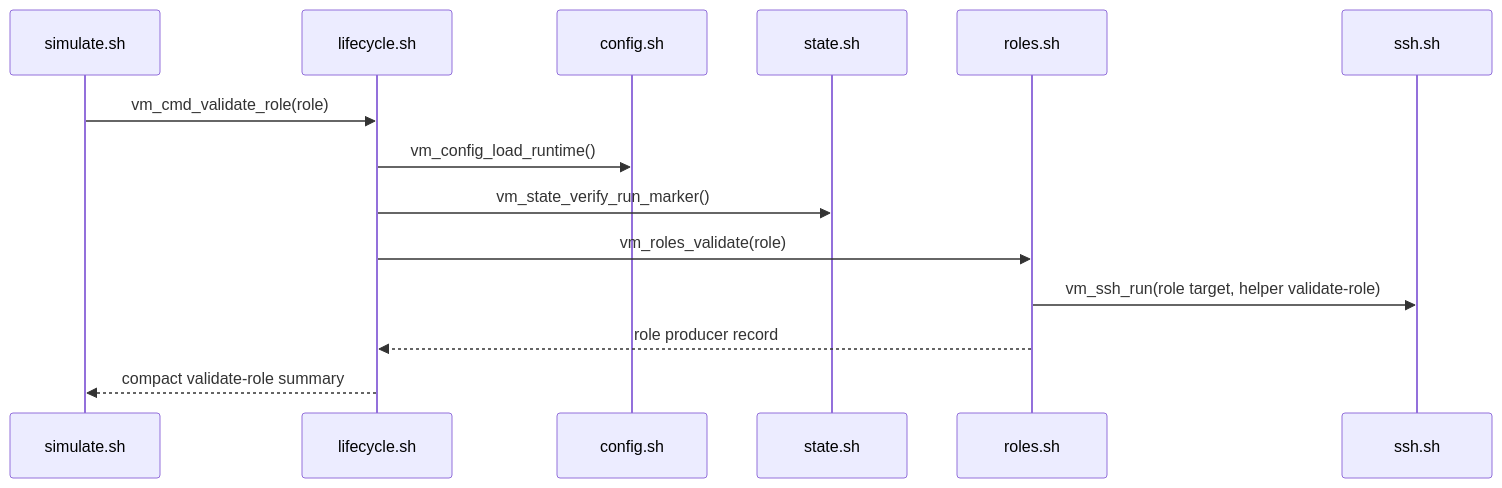
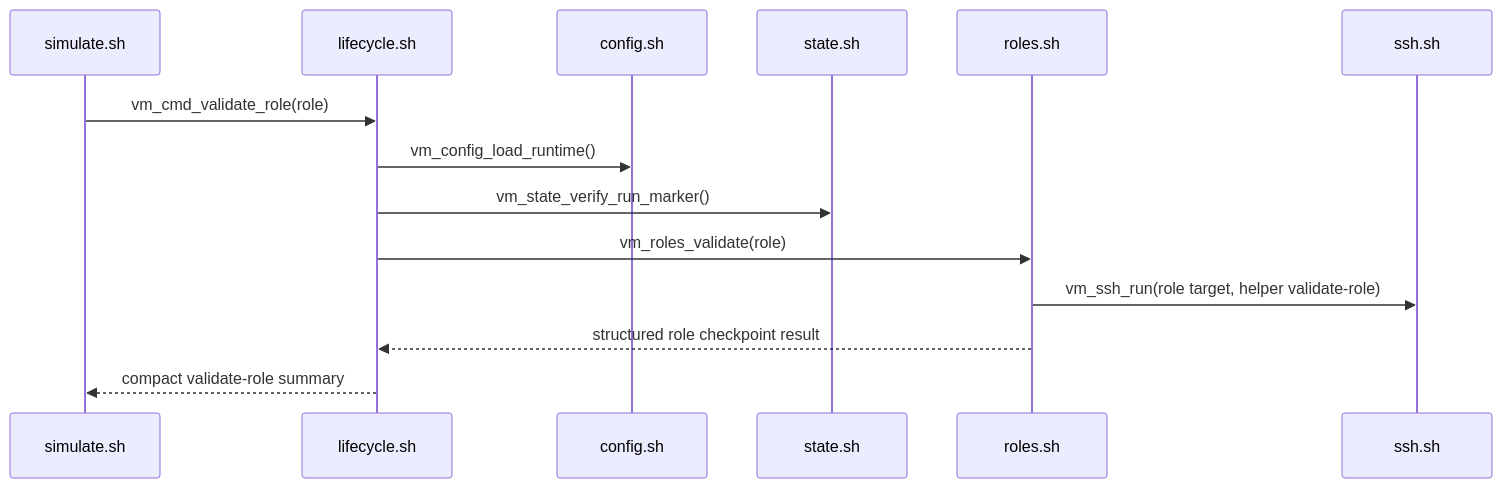
The tenth of 20 diagrams in simulation/docs/vm/command-sequences.md (NoNine/loopforge), drawn with Mermaid before and after one commit. The commit also changed other lines of this file and 39 other files, not shown here.

First line of the commit message:
Clarify checkpoint result ownership

````diff
--- a/simulation/docs/vm/command-sequences.md
+++ b/simulation/docs/vm/command-sequences.md
@@ -218,17 +218,17 @@
 ```mermaid
 sequenceDiagram
   participant CLI as simulate.sh
   participant LC as lifecycle.sh
   participant CFG as config.sh
   participant ST as state.sh
   participant ROLE as roles.sh
   participant SSH as ssh.sh
 
   CLI->>LC: vm_cmd_validate_role(role)
   LC->>CFG: vm_config_load_runtime()
   LC->>ST: vm_state_verify_run_marker()
   LC->>ROLE: vm_roles_validate(role)
   ROLE->>SSH: vm_ssh_run(role target, helper validate-role)
-  ROLE-->>LC: role producer record
+  ROLE-->>LC: structured role checkpoint result
   LC-->>CLI: compact validate-role summary
 ```
````
